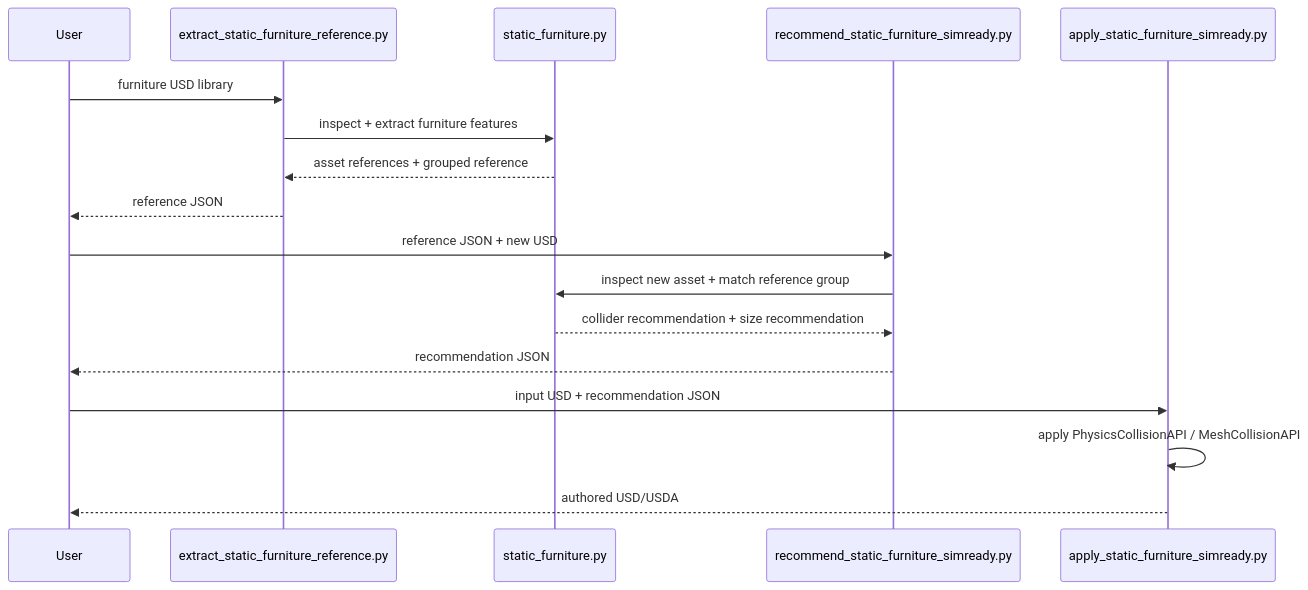
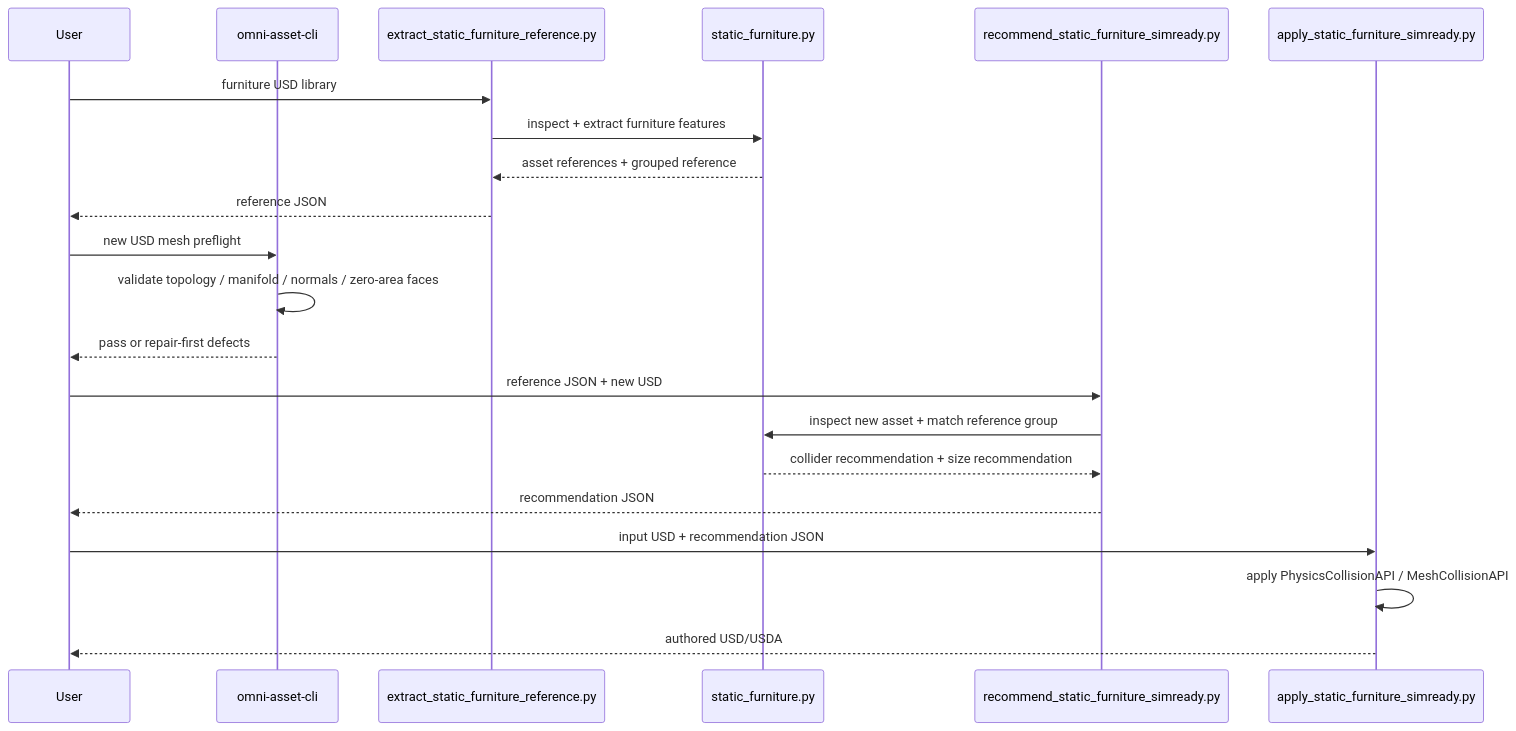
Before and after one commit to songshen06/usd-simready-inspector: the fifth of 5 diagrams in ARCHITECTURE_AND_FLOW.md, drawn with Mermaid. The commit also changed other lines of this file and 5 other files, not shown here.

Commit message:
Add mesh preflight gate to SimReady process

````diff
--- a/ARCHITECTURE_AND_FLOW.md
+++ b/ARCHITECTURE_AND_FLOW.md
@@ -209,22 +209,27 @@
 ```mermaid
 sequenceDiagram
     participant U as User
+    participant V as omni-asset-cli
     participant R as extract_static_furniture_reference.py
     participant S as static_furniture.py
     participant Q as recommend_static_furniture_simready.py
     participant A as apply_static_furniture_simready.py
 
     U->>R: furniture USD library
     R->>S: inspect + extract furniture features
     S-->>R: asset references + grouped reference
     R-->>U: reference JSON
 
+    U->>V: new USD mesh preflight
+    V->>V: validate topology / manifold / normals / zero-area faces
+    V-->>U: pass or repair-first defects
+
     U->>Q: reference JSON + new USD
     Q->>S: inspect new asset + match reference group
     S-->>Q: collider recommendation + size recommendation
     Q-->>U: recommendation JSON
 
     U->>A: input USD + recommendation JSON
     A->>A: apply PhysicsCollisionAPI / MeshCollisionAPI
     A-->>U: authored USD/USDA
 ```
````
